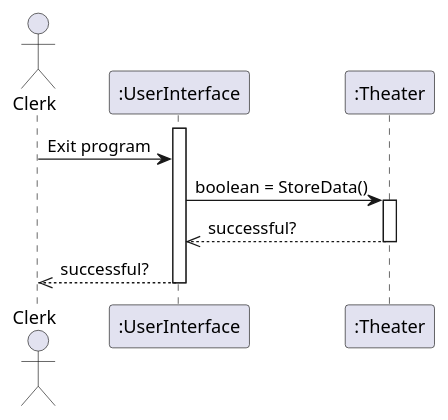
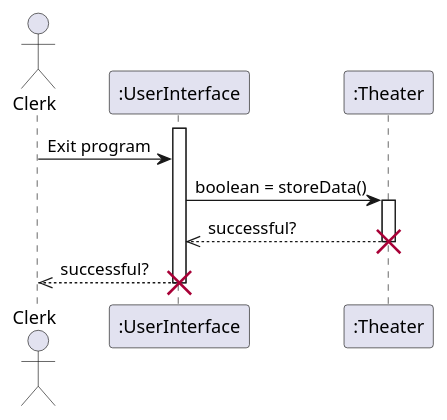
One commit to FreezeWarp/372Groupwork changed the diagram in src/SequenceDiagrams/ExitApplication.pu. Above: the diagram before and after it, drawn with PlantUML. The commit also changed 9 other files, not shown here.

Commit message:
Some sequence diagram fixes

```diff
--- a/src/SequenceDiagrams/ExitApplication.pu
+++ b/src/SequenceDiagrams/ExitApplication.pu
@@ -1,13 +1,13 @@
 @startuml
 actor Clerk
 
 activate ":UserInterface"
 Clerk -> ":UserInterface" : Exit program
 
-":UserInterface" -> ":Theater" : boolean = StoreData()
+":UserInterface" -> ":Theater" : boolean = storeData()
 activate ":Theater"
 ":Theater" -->> ":UserInterface": successful?
-deactivate ":Theater"
+destroy ":Theater"
 ":UserInterface" -->> Clerk : successful?
-deactivate ":UserInterface"
+destroy ":UserInterface"
 @enduml
```
